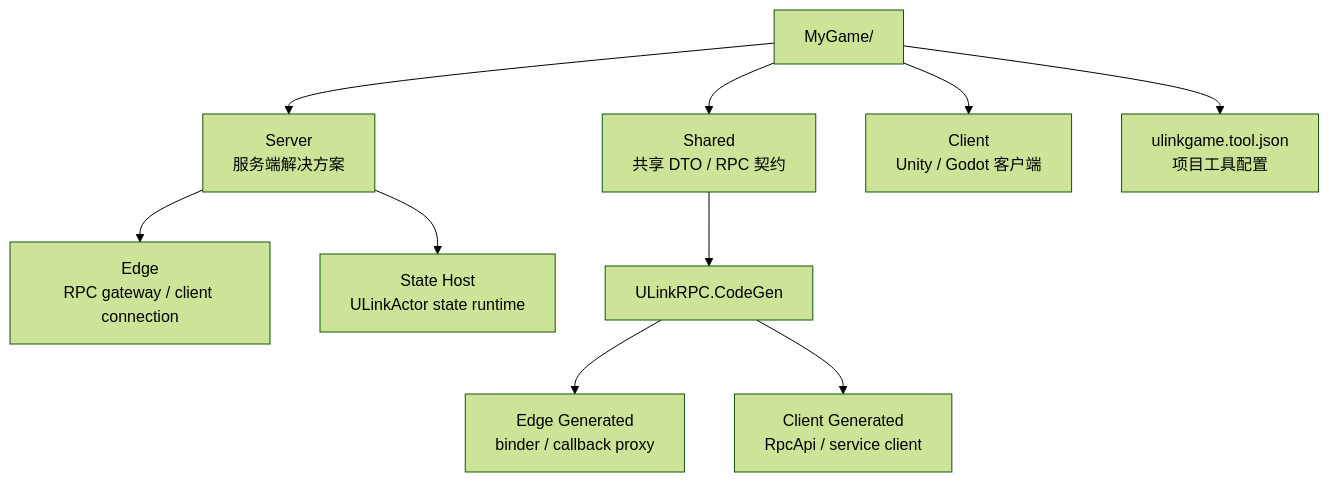
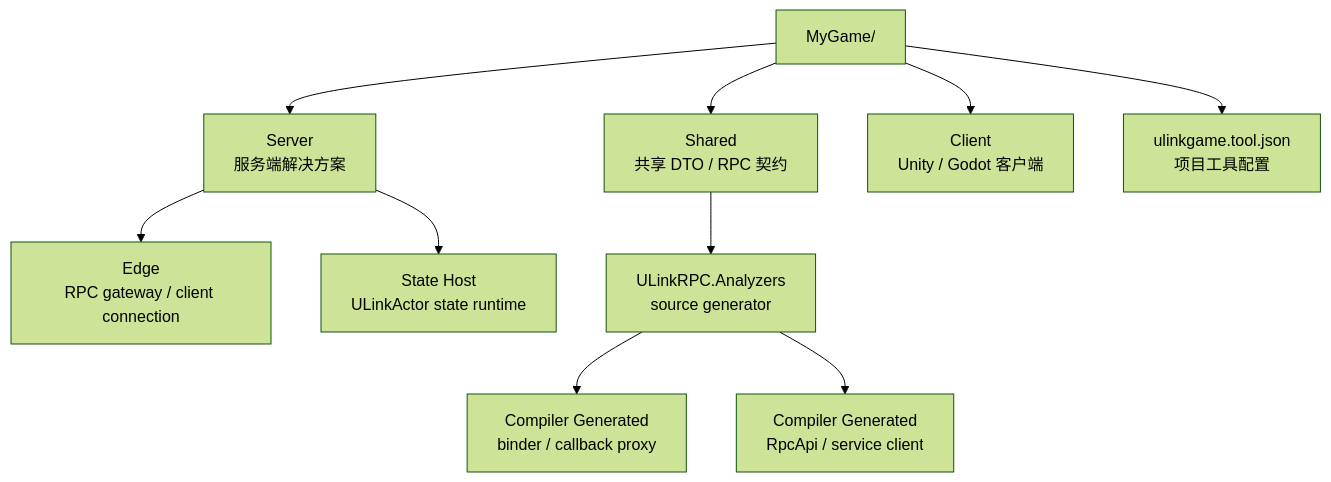
Before and after one commit to bruce48x/ULinkGame: the first of 2 diagrams in blog/content/posts/ulinkgame-getting-started.md, drawn with Mermaid (forest theme). The commit also changed other lines of this file and 58 other files, not shown here.

Commit message:
Migrate RPC generation to source generators

````diff
--- a/blog/content/posts/ulinkgame-getting-started.md
+++ b/blog/content/posts/ulinkgame-getting-started.md
@@ -125,13 +125,13 @@
 ```mermaid
 flowchart TB
     Root["MyGame/"] --> Shared["Shared<br/>共享 DTO / RPC 契约"]
     Root --> Server["Server<br/>服务端解决方案"]
     Root --> Client["Client<br/>Unity / Godot 客户端"]
     Root --> Config["ulinkgame.tool.json<br/>项目工具配置"]
 
     Server --> Edge["Edge<br/>RPC gateway / client connection"]
     Server --> StateHost["State Host<br/>ULinkActor state runtime"]
-    Shared --> CodeGen["ULinkRPC.CodeGen"]
-    CodeGen --> EdgeGenerated["Edge Generated<br/>binder / callback proxy"]
-    CodeGen --> ClientGenerated["Client Generated<br/>RpcApi / service client"]
+    Shared --> SourceGen["ULinkRPC.Analyzers<br/>source generator"]
+    SourceGen --> EdgeGenerated["Compiler Generated<br/>binder / callback proxy"]
+    SourceGen --> ClientGenerated["Compiler Generated<br/>RpcApi / service client"]
 ```
````
